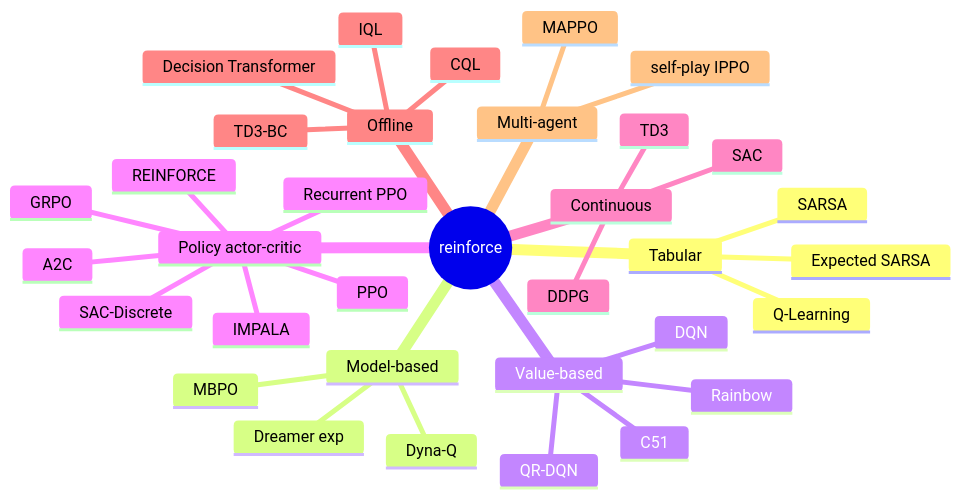
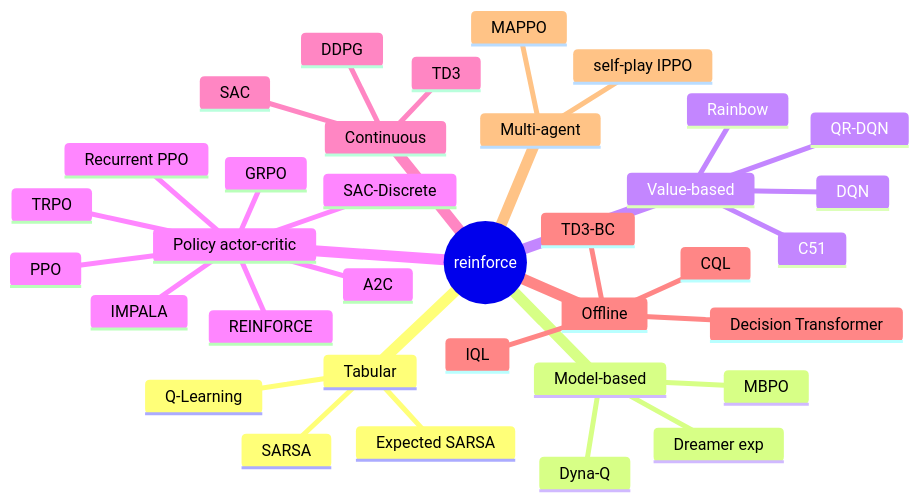
One commit to DenisDrobyshev/decisionrl changed the second of 2 diagrams in README.md. Above: the diagram before and after it, drawn with Mermaid. The commit also changed other lines of this file and 8 other files, not shown here.

````diff
--- a/README.md
+++ b/README.md
@@ -55,37 +55,38 @@
 ```mermaid
 mindmap
   root(("reinforce"))
     Tabular
       Q-Learning
       SARSA
       Expected SARSA
     Model-based
       Dyna-Q
       MBPO
       Dreamer exp
     Value-based
       DQN
       C51
       QR-DQN
       Rainbow
     Policy actor-critic
       REINFORCE
       A2C
       PPO
+      TRPO
       GRPO
       IMPALA
       Recurrent PPO
       SAC-Discrete
     Continuous
       DDPG
       TD3
       SAC
     Offline
       TD3-BC
       IQL
       CQL
       Decision Transformer
     Multi-agent
       MAPPO
       self-play IPPO
 ```
````
